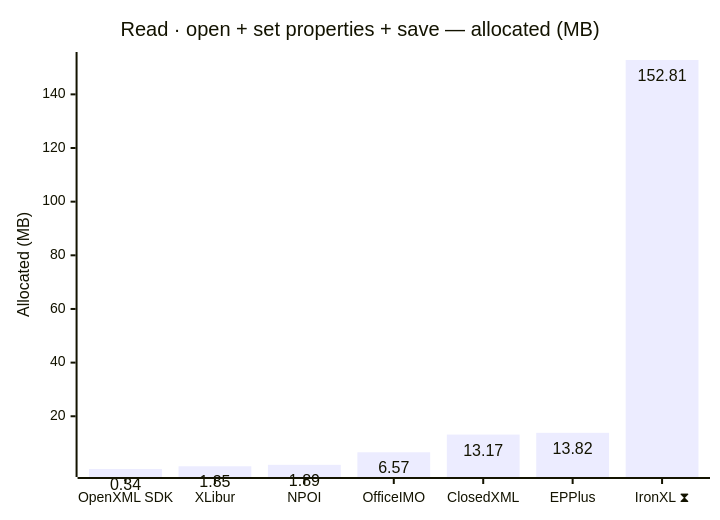
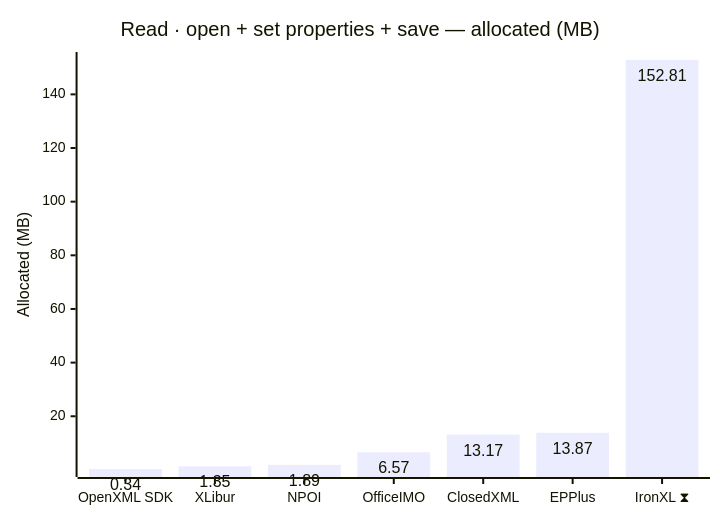
The second of 12 diagrams in docs/results-ci.md (jafin/XLBench), drawn with Mermaid before and after one commit. The commit also changed other lines of this file, not shown here.

````diff
--- a/docs/results-ci.md
+++ b/docs/results-ci.md
@@ -56,12 +56,12 @@
 ```mermaid
 ---
 config:
   xyChart:
     showDataLabel: true
 ---
 xychart-beta
     title "Read · open + set properties + save — allocated (MB)"
     x-axis ["OpenXML SDK", "XLibur", "NPOI", "OfficeIMO", "ClosedXML", "EPPlus", "IronXL ⧗"]
     y-axis "Allocated (MB)"
-    bar [0.34, 1.35, 1.89, 6.57, 13.17, 13.82, 152.81]
+    bar [0.34, 1.35, 1.89, 6.57, 13.17, 13.87, 152.81]
 ```
````
